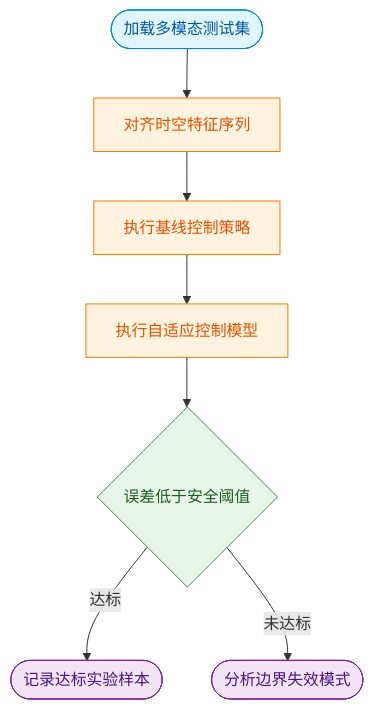
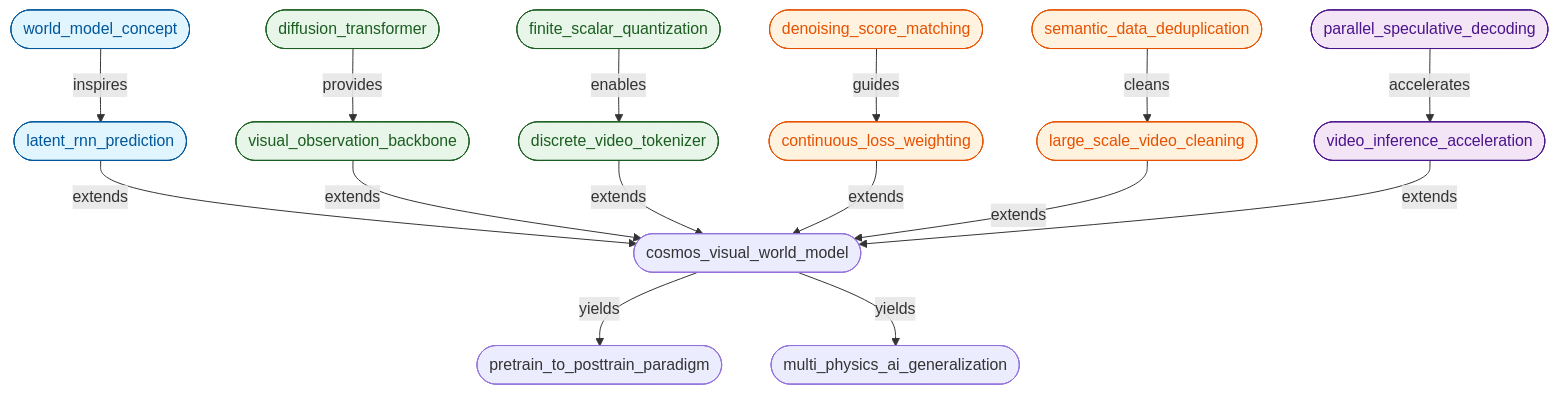
The sixth of 11 diagrams in person_vault/2026-06-08_CosmosWorldFoundationModelPlatformForPhysicalAI_2501.03575/report.md (ShinewineW/paper-rolling), drawn with Mermaid before and after one commit. The commit also changed other lines of this file and 51 other files, not shown here.

````diff
--- a/person_vault/2026-06-08_CosmosWorldFoundationModelPlatformForPhysicalAI_2501.03575/report.md
+++ b/person_vault/2026-06-08_CosmosWorldFoundationModelPlatformForPhysicalAI_2501.03575/report.md
@@ -265,14 +479,24 @@
 ```mermaid
-flowchart TB
-    classDef input fill:#e1f5fe,color:#01579b,stroke:#0288d1;
-    classDef process fill:#fff3e0,color:#e65100,stroke:#f57c00;
-    classDef decision fill:#e8f5e9,color:#1b5e20,stroke:#388e3c;
-    classDef output fill:#f3e5f5,color:#4a148c,stroke:#7b1fa2;
+flowchart TD
+    classDef concept fill:#e1f5fe,color:#01579b,stroke:#01579b
+    classDef arch fill:#e8f5e9,color:#1b5e20,stroke:#1b5e20
+    classDef data fill:#fff3e0,color:#e65100,stroke:#e65100
+    classDef infer fill:#f3e5f5,color:#4a148c,stroke:#4a148c
 
-    load_test_set(["加载多模态测试集"]):::input --> align_features["对齐时空特征序列"]:::process
-    align_features --> run_baseline["执行基线控制策略"]:::process
-    run_baseline --> run_adaptive["执行自适应控制模型"]:::process
-    run_adaptive --> check_threshold{误差低于安全阈值}:::decision
-    check_threshold -- 达标 --> record_pass(["记录达标实验样本"]):::output
-    check_threshold -- 未达标 --> analyze_fail(["分析边界失效模式"]):::output
+    r1(["world_model_concept"]):::concept -->|inspires| c1(["latent_rnn_prediction"]):::concept
+    r3(["diffusion_transformer"]):::arch -->|provides| c2(["visual_observation_backbone"]):::arch
+    r7(["finite_scalar_quantization"]):::arch -->|enables| c3(["discrete_video_tokenizer"]):::arch
+    r2(["denoising_score_matching"]):::data -->|guides| c4(["continuous_loss_weighting"]):::data
+    r6(["semantic_data_deduplication"]):::data -->|cleans| c5(["large_scale_video_cleaning"]):::data
+    r5(["parallel_speculative_decoding"]):::infer -->|accelerates| c6(["video_inference_acceleration"]):::infer
+
+    c1 -->|extends| cosmos(["cosmos_visual_world_model"])
+    c2 -->|extends| cosmos
+    c3 -->|extends| cosmos
+    c4 -->|extends| cosmos
+    c5 -->|extends| cosmos
+    c6 -->|extends| cosmos
+
+    cosmos -->|yields| out1(["pretrain_to_posttrain_paradigm"])
+    cosmos -->|yields| out2(["multi_physics_ai_generalization"])
 ```
````
